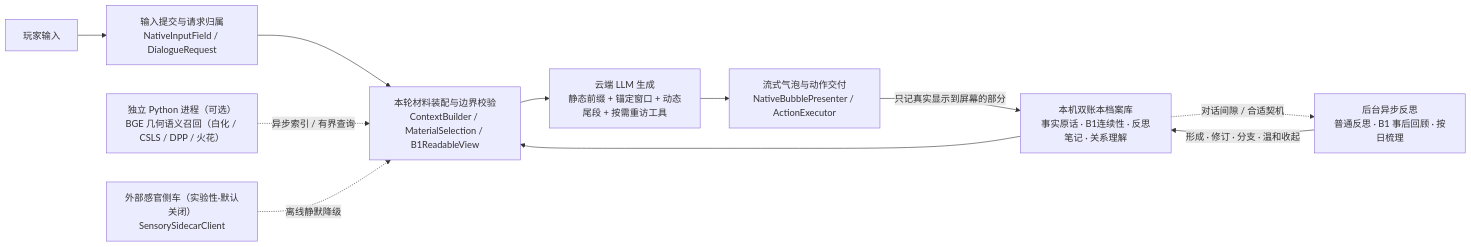
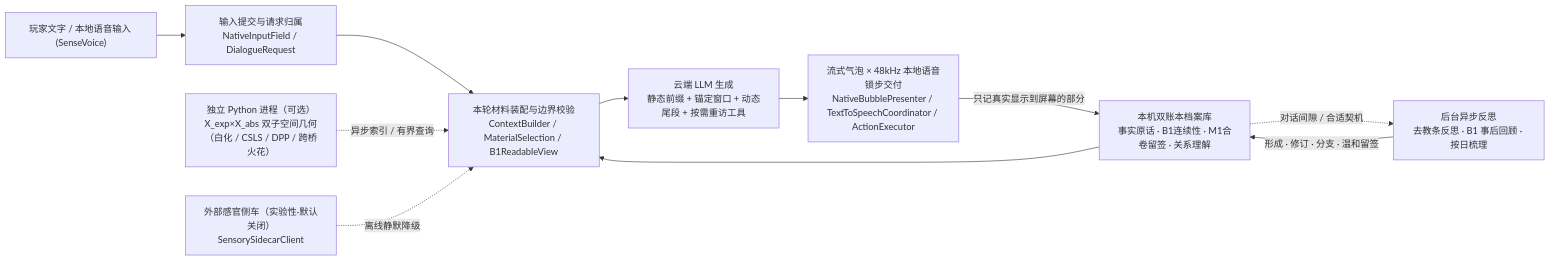
The diagram in ARCHITECTURE.md (gtxpz2021/LilithBridge), drawn with Mermaid before and after one commit. The commit also changed other lines of this file and 7 other files, not shown here.

Commit message:
docs(v0.4.1): refresh GitHub homepage, release notes, architecture, and one-click VoicePack guides

````diff
--- a/ARCHITECTURE.md
+++ b/ARCHITECTURE.md
@@ -17,13 +17,13 @@
 ```mermaid
 flowchart LR
-    U["玩家输入"] --> I["输入提交与请求归属<br/>NativeInputField / DialogueRequest"]
+    U["玩家文字 / 本地语音输入 (SenseVoice)"] --> I["输入提交与请求归属<br/>NativeInputField / DialogueRequest"]
     I --> S["本轮材料装配与边界校验<br/>ContextBuilder / MaterialSelection / B1ReadableView"]
-    D["本机双账本档案库<br/>事实原话 · B1连续性 · 反思笔记 · 关系理解"] --> S
-    W["独立 Python 进程（可选）<br/>BGE 几何语义召回（白化 / CSLS / DPP / 火花）"] -. "异步索引 / 有界查询" .-> S
+    D["本机双账本档案库<br/>事实原话 · B1连续性 · M1合卷留签 · 关系理解"] --> S
+    W["独立 Python 进程（可选）<br/>X_exp×X_abs 双子空间几何（白化 / CSLS / DPP / 跨桥火花）"] -. "异步索引 / 有界查询" .-> S
     X["外部感官侧车（实验性·默认关闭）<br/>SensorySidecarClient"] -. "离线静默降级" .-> S
     S --> M["云端 LLM 生成<br/>静态前缀 + 锚定窗口 + 动态尾段 + 按需重访工具"]
-    M --> P["流式气泡与动作交付<br/>NativeBubblePresenter / ActionExecutor"]
+    M --> P["流式气泡 × 48kHz 本地语音锁步交付<br/>NativeBubblePresenter / TextToSpeechCoordinator / ActionExecutor"]
     P -->|"只记真实显示到屏幕的部分"| D
-    D -. "对话间隙 / 合适契机" .-> R["后台异步反思<br/>普通反思 · B1 事后回顾 · 按日梳理"]
-    R -->|"形成 · 修订 · 分支 · 温和收起"| D
+    D -. "对话间隙 / 合适契机" .-> R["后台异步反思<br/>去教条反思 · B1 事后回顾 · 按日梳理"]
+    R -->|"形成 · 修订 · 分支 · 温和留签"| D
 ```
````
